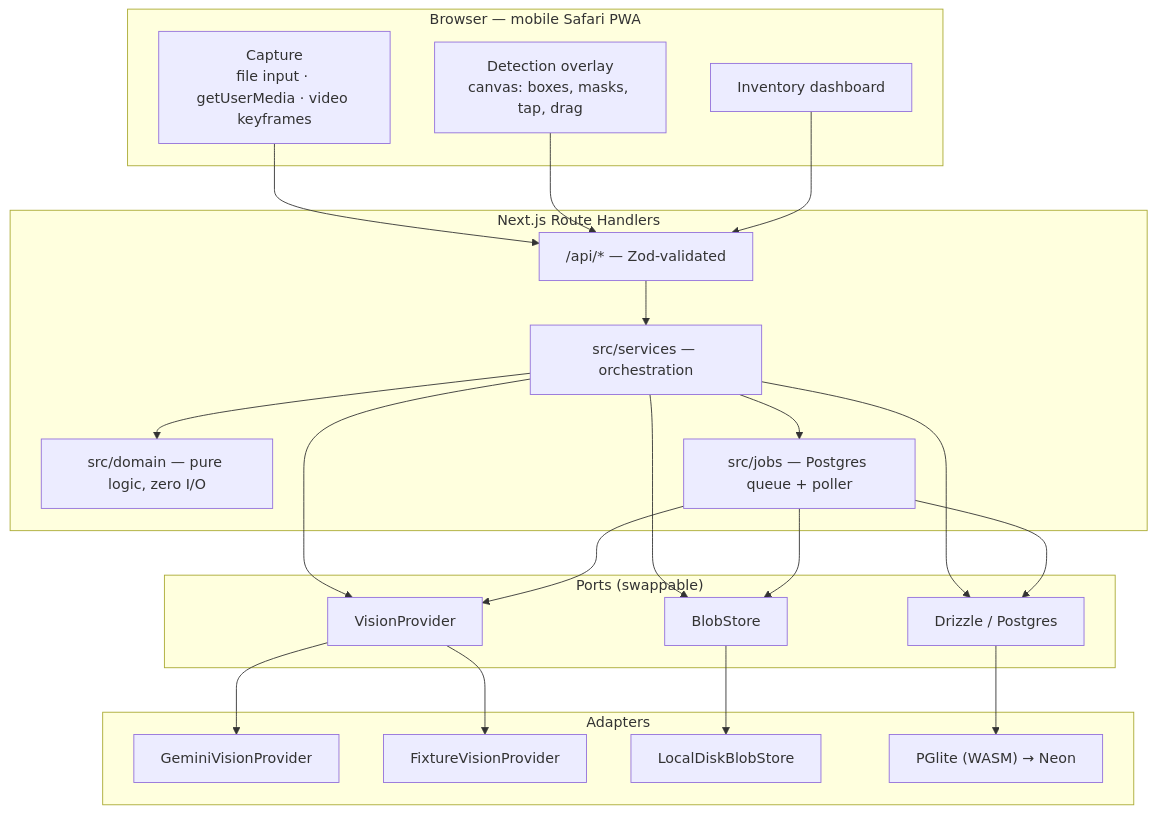
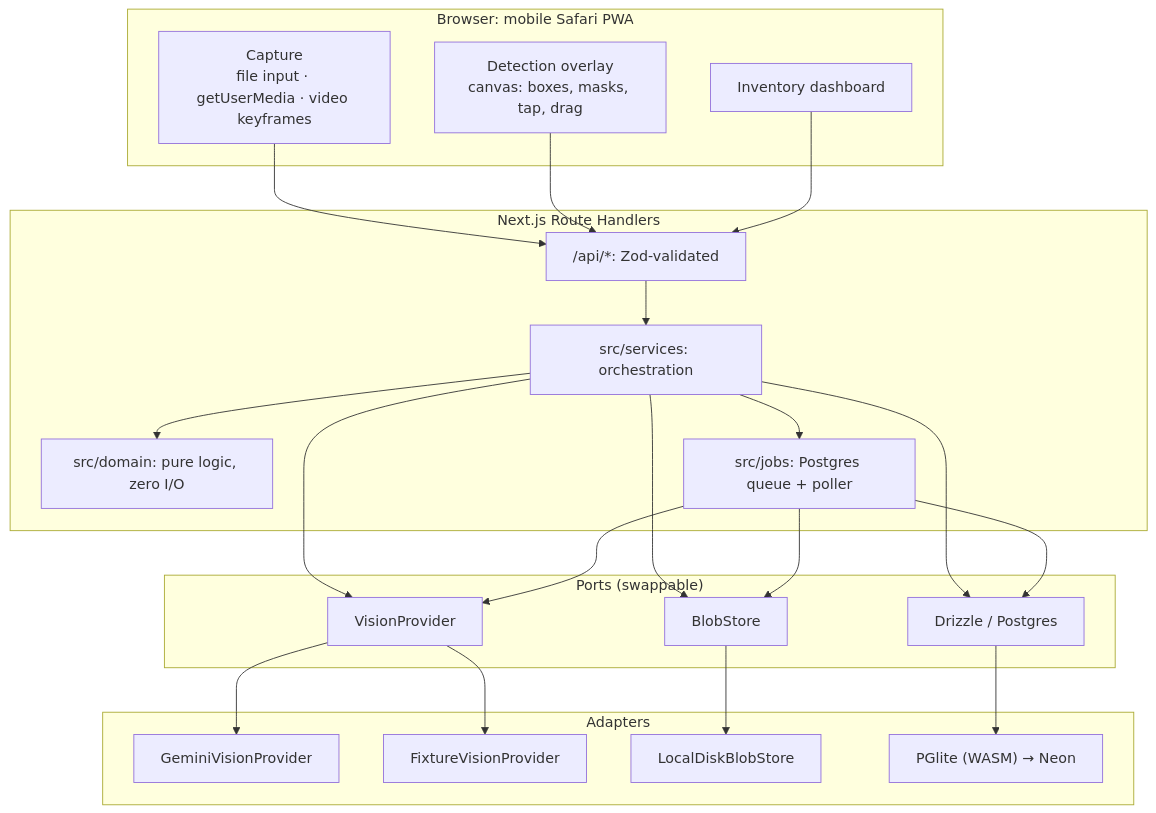
Before and after one commit to prasanthsasikumar/clearspace: the diagram in docs/superpowers/specs/2026-08-06-clearspace-design.md, drawn with Mermaid. The commit also changed other lines of this file and 75 other files, not shown here.

````diff
--- a/docs/superpowers/specs/2026-08-06-clearspace-design.md
+++ b/docs/superpowers/specs/2026-08-06-clearspace-design.md
@@ -41,39 +41,39 @@
 ```mermaid
 flowchart TB
-  subgraph client["Browser — mobile Safari PWA"]
+  subgraph client["Browser: mobile Safari PWA"]
     cap["Capture<br/>file input · getUserMedia · video keyframes"]
     ovl["Detection overlay<br/>canvas: boxes, masks, tap, drag"]
     inv["Inventory dashboard"]
   end
 
   subgraph server["Next.js Route Handlers"]
-    api["/api/* — Zod-validated"]
-    svc["src/services — orchestration"]
-    dom["src/domain — pure logic, zero I/O"]
-    jobs["src/jobs — Postgres queue + poller"]
+    api["/api/*: Zod-validated"]
+    svc["src/services: orchestration"]
+    dom["src/domain: pure logic, zero I/O"]
+    jobs["src/jobs: Postgres queue + poller"]
   end
 
   subgraph ports["Ports (swappable)"]
     ai["VisionProvider"]
     blob["BlobStore"]
     db["Drizzle / Postgres"]
   end
 
   subgraph adapters["Adapters"]
     gem["GeminiVisionProvider"]
     fake["FixtureVisionProvider"]
     disk["LocalDiskBlobStore"]
     pg["PGlite (WASM) → Neon"]
   end
 
   cap --> api
   ovl --> api
   inv --> api
   api --> svc --> dom
   svc --> jobs
   svc --> ai & blob & db
   jobs --> ai & blob & db
   ai --> gem & fake
   blob --> disk
   db --> pg
 ```
````
